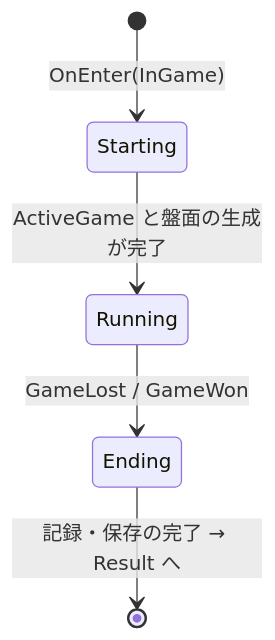
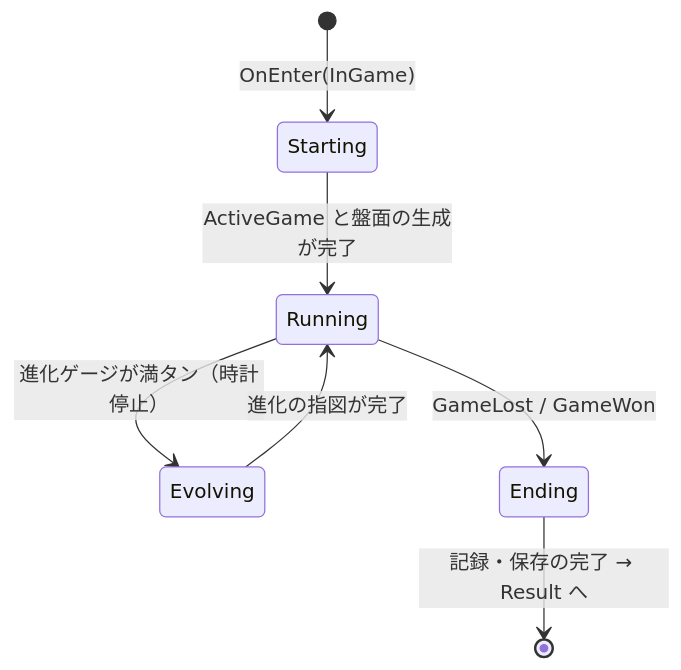
The sixth of 8 diagrams in docs/basic-design.md (ukihot/nudra), drawn with Mermaid before and after one commit. The commit also changed other lines of this file and 46 other files, not shown here.

````diff
--- a/docs/basic-design.md
+++ b/docs/basic-design.md
@@ -929,7 +1130,9 @@
 ```mermaid
 stateDiagram-v2
     [*] --> Starting : OnEnter(InGame)
     Starting --> Running : ActiveGame と盤面の生成が完了
+    Running --> Evolving : 進化ゲージが満タン（時計停止）
+    Evolving --> Running : 進化の指図が完了
     Running --> Ending : GameLost / GameWon
     Ending --> [*] : 記録・保存の完了 → Result へ
 ```
````
